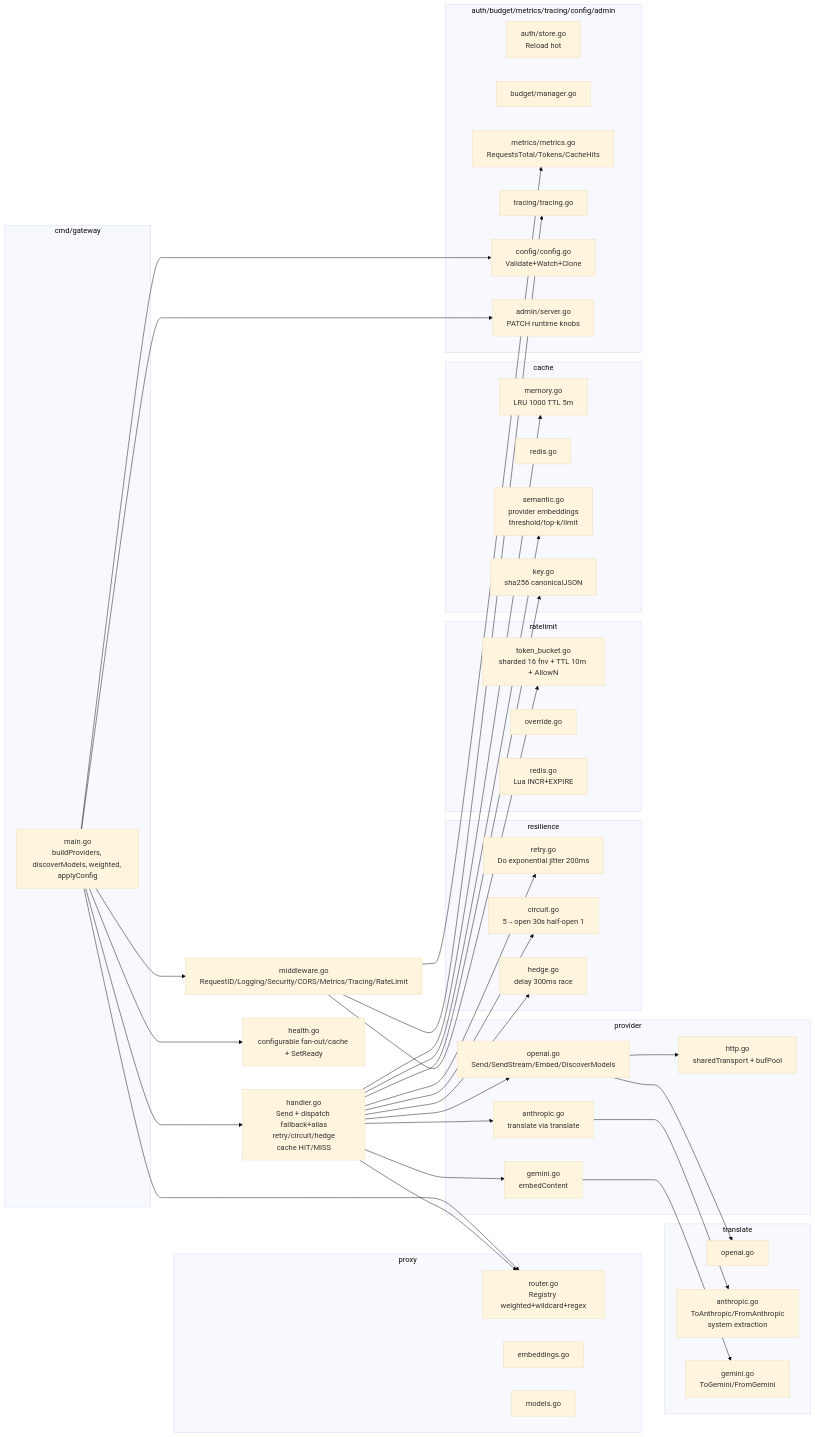
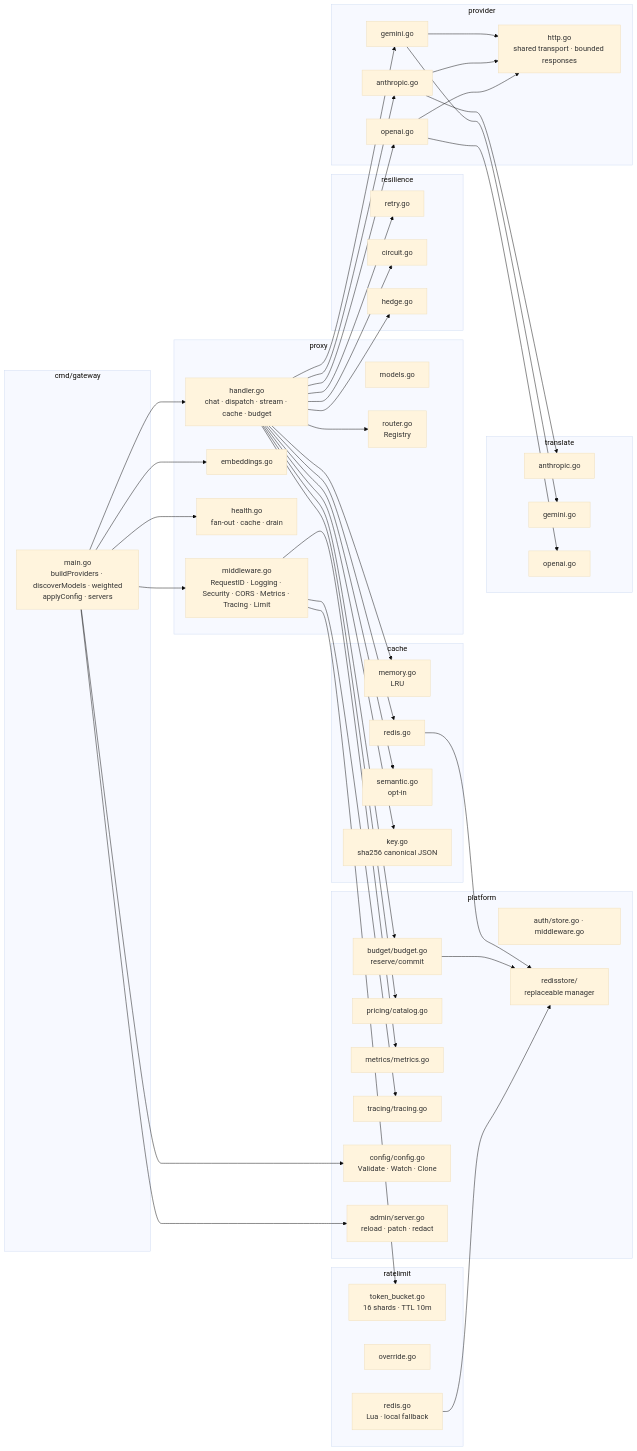
Before and after one commit to Francisco-cor/LLM-API-Gateway: the third of 4 diagrams in docs/ARCHITECTURE.md, drawn with Mermaid (base theme). The commit also changed other lines of this file and 7 other files, not shown here.

Commit message:
docs: rewrite README, correct changelog/bench/architecture claims for v1.1.0

````diff
--- a/docs/ARCHITECTURE.md
+++ b/docs/ARCHITECTURE.md
@@ -76,59 +87,63 @@
 ```mermaid
 flowchart LR
     subgraph cmd/gateway
-        Main[main.go<br>buildProviders, discoverModels, weighted, applyConfig]
+        Main["main.go<br/>buildProviders · discoverModels · weighted<br/>applyConfig · servers"]
     end
     subgraph proxy
-        Handler[handler.go<br>Send + dispatch fallback+alias<br>retry/circuit/hedge<br>cache HIT/MISS]
-        Router[router.go<br>Registry weighted+wildcard+regex]
-        Embed[embeddings.go]
-        Models[models.go]
-        Health[health.go<br>configurable fan-out/cache + SetReady]
-        MW[middleware.go<br>RequestID/Logging/Security/CORS/Metrics/Tracing/RateLimit]
+        Handler["handler.go<br/>chat · dispatch · stream · cache · budget"]
+        Embed["embeddings.go"]
+        Models["models.go"]
+        Health["health.go<br/>fan-out · cache · drain"]
+        Router["router.go<br/>Registry"]
+        MW["middleware.go<br/>RequestID · Logging · Security · CORS · Metrics · Tracing · Limit"]
     end
     subgraph provider
-        POpenAI[openai.go<br>Send/SendStream/Embed/DiscoverModels]
-        PAnthropic[anthropic.go<br>translate via translate]
-        PGemini[gemini.go<br>embedContent]
-        PHTTP[http.go<br>sharedTransport + bufPool]
+        POpenAI["openai.go"]
+        PAnthropic["anthropic.go"]
+        PGemini["gemini.go"]
+        PHTTP["http.go<br/>shared transport · bounded responses"]
     end
     subgraph translate
-        Topen[openai.go]
-        Tanth[anthropic.go<br>ToAnthropic/FromAnthropic<br>system extraction]
-        Tgem[gemini.go<br>ToGemini/FromGemini]
+        TAnth["anthropic.go"]
+        TGem["gemini.go"]
+        TOpen["openai.go"]
     end
     subgraph resilience
-        Retry[retry.go<br>Do exponential jitter 200ms]
-        Circuit[circuit.go<br>5→open 30s half-open 1]
-        Hedge[hedge.go<br>delay 300ms race]
+        Retry["retry.go"]
+        Circuit["circuit.go"]
+        Hedge["hedge.go"]
     end
     subgraph ratelimit
-        Bucket[token_bucket.go<br>sharded 16 fnv + TTL 10m + AllowN]
-        Override[override.go]
-        Redis[redis.go<br>Lua INCR+EXPIRE]
+        Bucket["token_bucket.go<br/>16 shards · TTL 10m"]
+        Override["override.go"]
+        Redis["redis.go<br/>Lua · local fallback"]
     end
     subgraph cache
-        Mem[memory.go<br>LRU 1000 TTL 5m]
-        RCache[redis.go]
-        Sem[semantic.go<br>provider embeddings<br>threshold/top-k/limit]
-        Key[key.go<br>sha256 canonicalJSON]
+        Mem["memory.go<br/>LRU"]
+        RCache["redis.go"]
+        Sem["semantic.go<br/>opt-in"]
+        Key["key.go<br/>sha256 canonical JSON"]
     end
-    subgraph auth/budget/metrics/tracing/config/admin
-        Auth[auth/store.go<br>Reload hot]
-        Budget[budget/manager.go]
-        Metrics[metrics/metrics.go<br>RequestsTotal/Tokens/CacheHits]
-        Tracing[tracing/tracing.go]
-        Config[config/config.go<br>Validate+Watch+Clone]
-        Admin[admin/server.go<br>PATCH runtime knobs]
+    subgraph platform
+        Auth["auth/store.go · middleware.go"]
+        Budget["budget/budget.go<br/>reserve/commit"]
+        Pricing["pricing/catalog.go"]
+        Metrics["metrics/metrics.go"]
+        Tracing["tracing/tracing.go"]
+        Config["config/config.go<br/>Validate · Watch · Clone"]
+        Admin["admin/server.go<br/>reload · patch · redact"]
+        RedisStore["redisstore/<br/>replaceable manager"]
     end
 
-    Main --> Router & Handler & MW
-    Handler --> Router & Retry & Circuit & Hedge
+    Main --> Handler & Embed & MW & Config & Admin & Health
+    Handler --> Router & Retry & Circuit & Hedge & Budget & Pricing
     Handler --> POpenAI & PAnthropic & PGemini
-    POpenAI --> PHTTP & Topen
-    PAnthropic --> Tanth
-    PGemini --> Tgem
-    Handler --> Mem & Key & Sem
+    Handler --> Mem & RCache & Sem & Key
+    POpenAI --> PHTTP & TOpen
+    PAnthropic --> PHTTP & TAnth
+    PGemini --> PHTTP & TGem
     MW --> Bucket & Metrics & Tracing
-    Main --> Config & Admin & Health
+    Redis --> RedisStore
+    Budget --> RedisStore
+    RCache --> RedisStore
 ```
````
